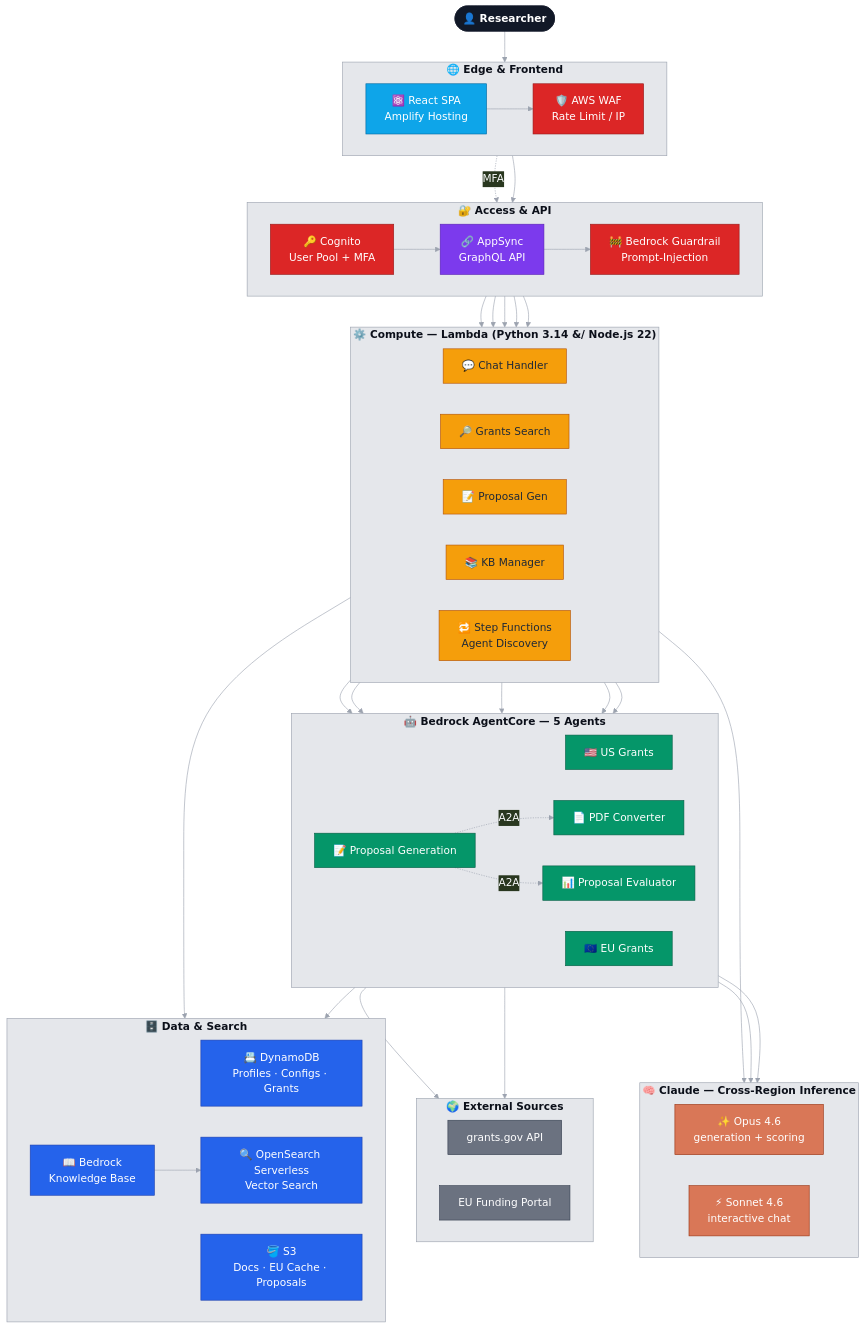
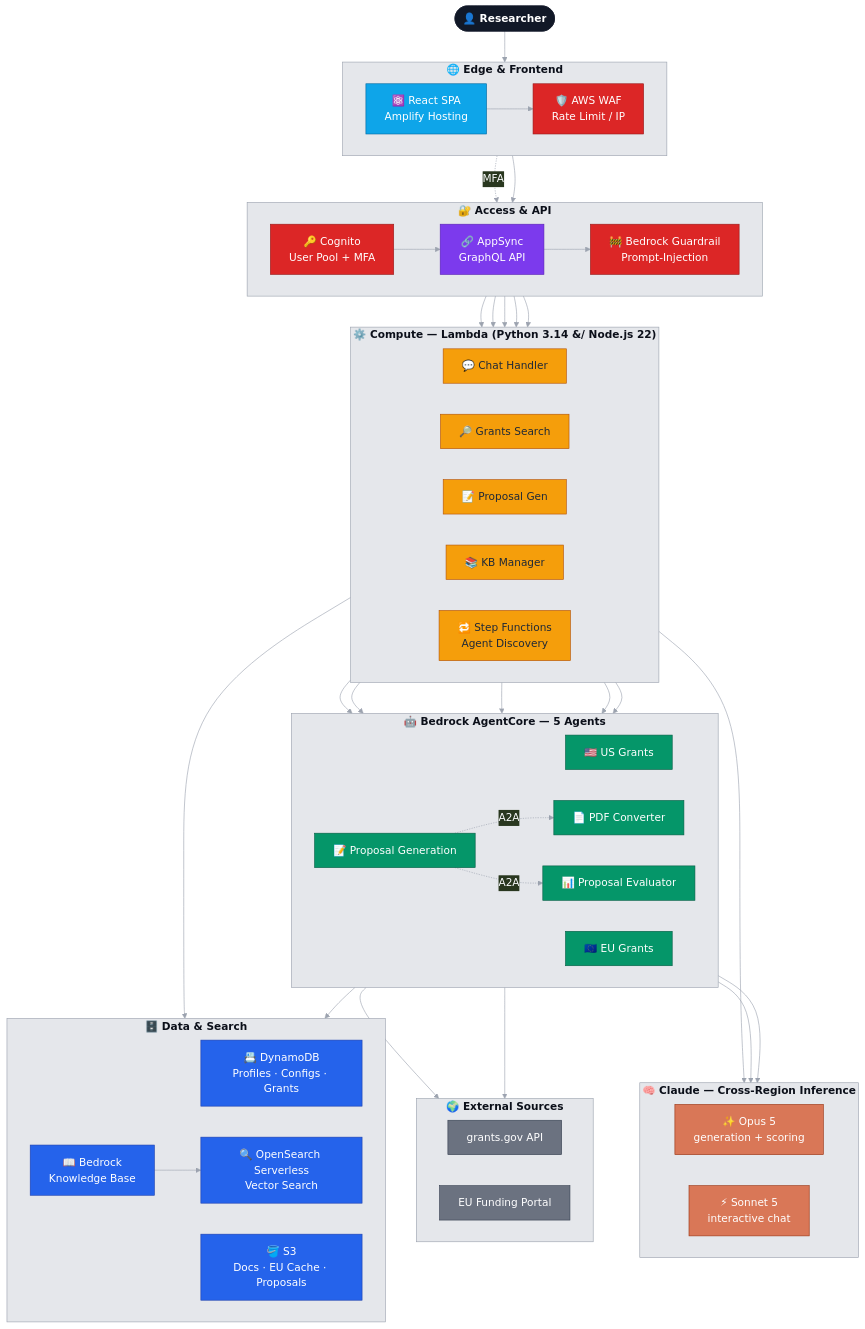
One commit to ATaylorAerospace/Grant_Assistant changed the diagram in README.md. Above: the diagram before and after it, drawn with Mermaid. The commit also changed other lines of this file and 7 other files, not shown here.

````diff
--- a/README.md
+++ b/README.md
@@ -54,80 +54,80 @@
 ```mermaid
 %%{init: {'theme':'base','themeVariables':{'fontSize':'17px','primaryColor':'#1f2937','primaryTextColor':'#f9fafb','lineColor':'#9ca3af','clusterBkg':'#e5e7eb','clusterBorder':'#9ca3af','titleColor':'#0b0f19','textColor':'#0b0f19','nodeTextColor':'#0b0f19'}}}%%
 flowchart TB
     User([👤 Researcher]):::user
 
     subgraph EDGE["<b>🌐 Edge &amp; Frontend</b>"]
         direction LR
         SPA["⚛️ React SPA<br/>Amplify Hosting"]:::front
         WAF["🛡️ AWS WAF<br/>Rate Limit / IP"]:::sec
     end
 
     subgraph ACCESS["<b>🔐 Access &amp; API</b>"]
         direction LR
         COG["🔑 Cognito<br/>User Pool + MFA"]:::sec
         API["🔗 AppSync<br/>GraphQL API"]:::api
         GUARD["🚧 Bedrock Guardrail<br/>Prompt-Injection"]:::sec
     end
 
     subgraph COMPUTE["<b>⚙️ Compute — Lambda (Python 3.14 &#47; Node.js 22)</b>"]
         direction LR
         FN_CHAT["💬 Chat Handler"]:::fn
         FN_SEARCH["🔎 Grants Search"]:::fn
         FN_PROP["📝 Proposal Gen"]:::fn
         FN_KB["📚 KB Manager"]:::fn
         SFN["🔁 Step Functions<br/>Agent Discovery"]:::fn
     end
 
     subgraph AGENTS["<b>🤖 Bedrock AgentCore — 5 Agents</b>"]
         direction LR
         A_US["🇺🇸 US Grants"]:::agent
         A_EU["🇪🇺 EU Grants"]:::agent
         A_GEN["📝 Proposal Generation"]:::agent
         A_EVAL["📊 Proposal Evaluator"]:::agent
         A_PDF["📄 PDF Converter"]:::agent
     end
 
     subgraph MODELS["<b>🧠 Claude — Cross-Region Inference</b>"]
         direction LR
-        OPUS["✨ Opus 4.6<br/>generation + scoring"]:::model
-        SONNET["⚡ Sonnet 4.6<br/>interactive chat"]:::model
+        OPUS["✨ Opus 5<br/>generation + scoring"]:::model
+        SONNET["⚡ Sonnet 5<br/>interactive chat"]:::model
     end
 
     subgraph DATA["<b>🗄️ Data &amp; Search</b>"]
         direction LR
         DDB["📇 DynamoDB<br/>Profiles · Configs · Grants"]:::data
         S3["🪣 S3<br/>Docs · EU Cache · Proposals"]:::data
         OSS["🔍 OpenSearch Serverless<br/>Vector Search"]:::data
         KB["📖 Bedrock<br/>Knowledge Base"]:::data
     end
 
     subgraph EXT["<b>🌍 External Sources</b>"]
         direction LR
         GOV["grants.gov API"]:::ext
         EUP["EU Funding Portal"]:::ext
     end
 
     User --> SPA --> WAF --> API
     SPA -.MFA.-> COG --> API
     API --> GUARD --> FN_CHAT & FN_SEARCH & FN_PROP & FN_KB
     API --> SFN
     FN_CHAT & FN_SEARCH & FN_PROP --> AGENTS
     SFN --> A_US & A_EU
     A_GEN -.A2A.-> A_PDF & A_EVAL
     A_GEN & A_EVAL --> OPUS
     FN_CHAT --> SONNET
     A_US --> GOV
     A_EU --> EUP
     AGENTS --> DATA
     FN_KB --> KB --> OSS
 
     classDef user fill:#111827,stroke:#111827,color:#fff,font-weight:bold;
     classDef front fill:#0ea5e9,stroke:#0369a1,color:#fff;
     classDef sec fill:#dc2626,stroke:#991b1b,color:#fff;
     classDef api fill:#7c3aed,stroke:#5b21b6,color:#fff;
     classDef fn fill:#f59e0b,stroke:#b45309,color:#1f2937;
     classDef agent fill:#059669,stroke:#065f46,color:#fff;
     classDef model fill:#d97757,stroke:#9a3412,color:#fff;
     classDef data fill:#2563eb,stroke:#1e40af,color:#fff;
     classDef ext fill:#6b7280,stroke:#374151,color:#fff;
 ```
````
